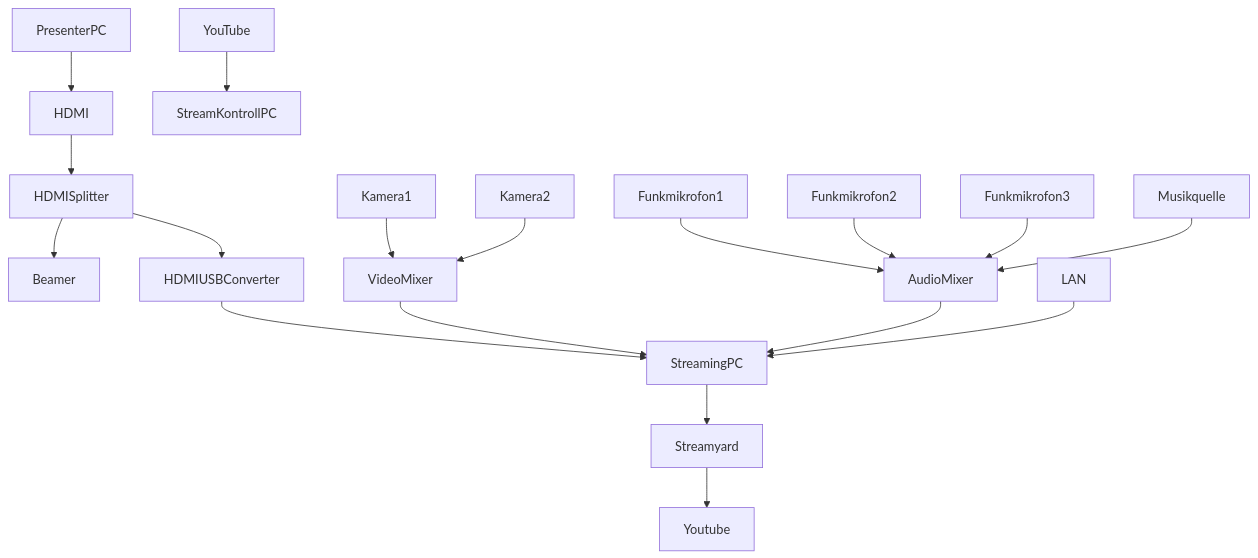
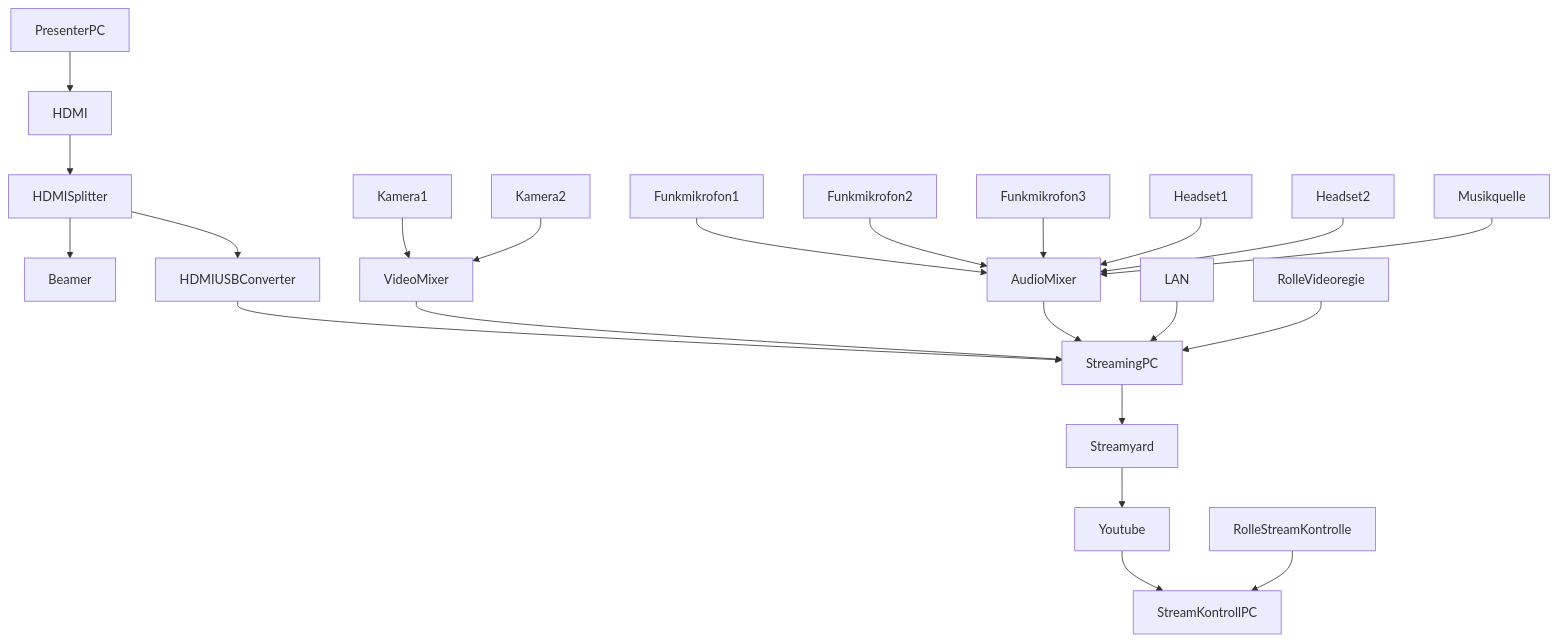
One commit to cogneon/digital-asset-pool changed the first of 2 diagrams in loscon22/Readme.md. Above: the diagram before and after it, drawn with Mermaid.

````diff
--- a/loscon22/Readme.md
+++ b/loscon22/Readme.md
@@ -18,20 +18,24 @@
 ```mermaid
   graph TD;
       PresenterPC-->HDMI;
       HDMI-->HDMISplitter;
       HDMISplitter-->Beamer;
       HDMISplitter-->HDMIUSBConverter;
       HDMIUSBConverter-->StreamingPC;
       Funkmikrofon1-->AudioMixer;
       Funkmikrofon2-->AudioMixer;
       Funkmikrofon3-->AudioMixer;
+      Headset1-->AudioMixer;
+      Headset2-->AudioMixer;
       Musikquelle-->AudioMixer;
       Kamera1-->VideoMixer;
       Kamera2-->VideoMixer;
       VideoMixer-->StreamingPC;
       AudioMixer-->StreamingPC;
       LAN-->StreamingPC;
       StreamingPC-->Streamyard;
       Streamyard-->Youtube;
-      YouTube-->StreamKontrollPC;
+      Youtube-->StreamKontrollPC;
+      RolleVideoregie-->StreamingPC;
+      RolleStreamKontrolle-->StreamKontrollPC;
 ```
````
